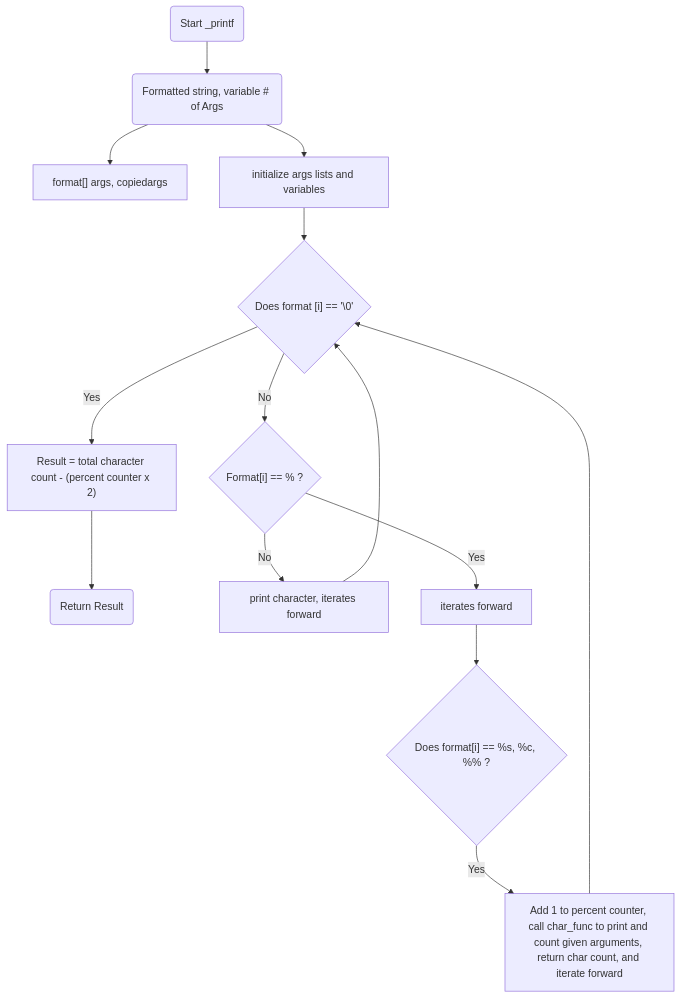
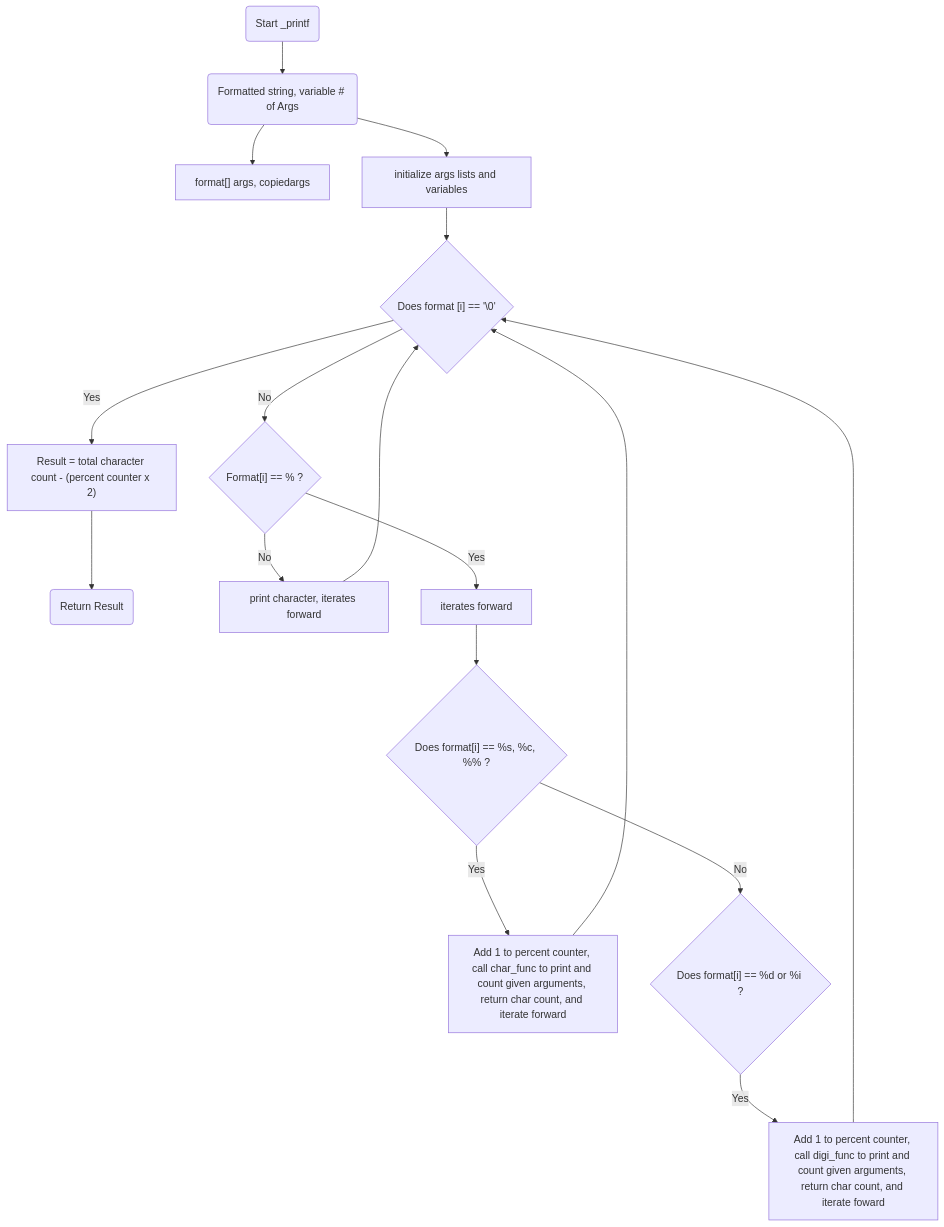
The diagram in README.md (MBall0u/atlas-printf), drawn with Mermaid before and after one commit.

Commit message:
README.md/flowchart

````diff
--- a/README.md
+++ b/README.md
@@ -32,16 +32,19 @@
 ```mermaid
 graph TD;
 	A(Start _printf) -->B(Formatted string, variable # of Args)
     B --> C["format[]" args, copiedargs]
     B --> D[initialize args lists and variables]
     D --> E{"Does format [i]" == '\0'}
     E --> |Yes|F["Result = total character count - (percent counter x 2)"]
     F --> Z(Return Result)
     E --> |No|G{"Format[i]" == % ?}
     G --> |No|H[print character, iterates forward]
     H --> E
     G --> |Yes|Y[iterates forward]
     Y --> I{"Does format[i]" == %s, %c, %% ?}
 	I --> |Yes|J[Add 1 to percent counter, call char_func to print and count given arguments, return char count, and iterate forward]
     J --> E
+	I --> |No|K{"Does format[i]" == %d or %i ?}
+    K --> |Yes|L[Add 1 to percent counter, call digi_func to print and count given arguments, return char count, and iterate foward]
+    L --> E
 ```
````
